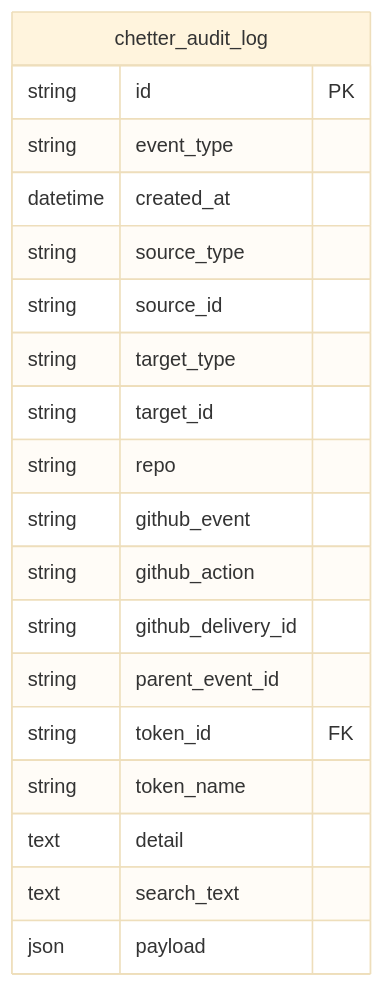
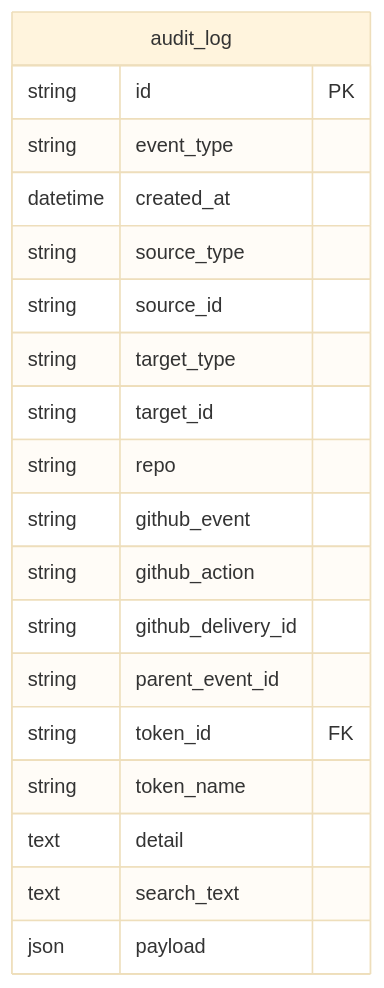
The sixth of 6 diagrams in docs/SCHEMA.md (flatout-works/chetter), drawn with Mermaid (base theme) before and after one commit. The commit also changed other lines of this file and 1 other file, not shown here.

First line of the commit message:
chore: follow 052 table renames in ops script and schema doc

````diff
--- a/docs/SCHEMA.md
+++ b/docs/SCHEMA.md
@@ -453,22 +454,22 @@
 ```mermaid
 erDiagram
-    chetter_audit_log {
+    audit_log {
         string id PK
         string event_type
         datetime created_at
         string source_type
         string source_id
         string target_type
         string target_id
         string repo
         string github_event
         string github_action
         string github_delivery_id
         string parent_event_id
         string token_id FK
         string token_name
         text detail
         text search_text
         json payload
     }
 ```
````
